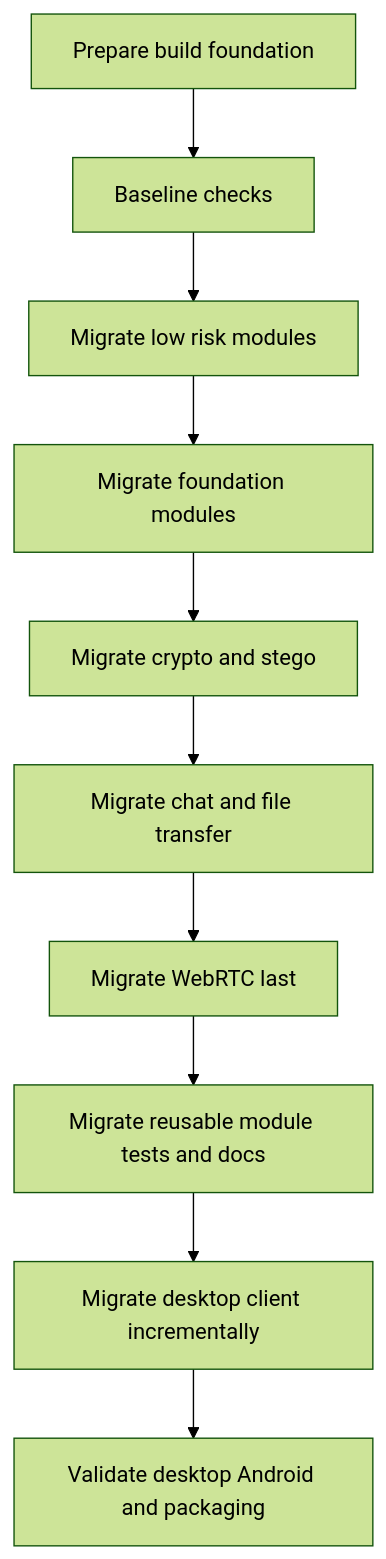
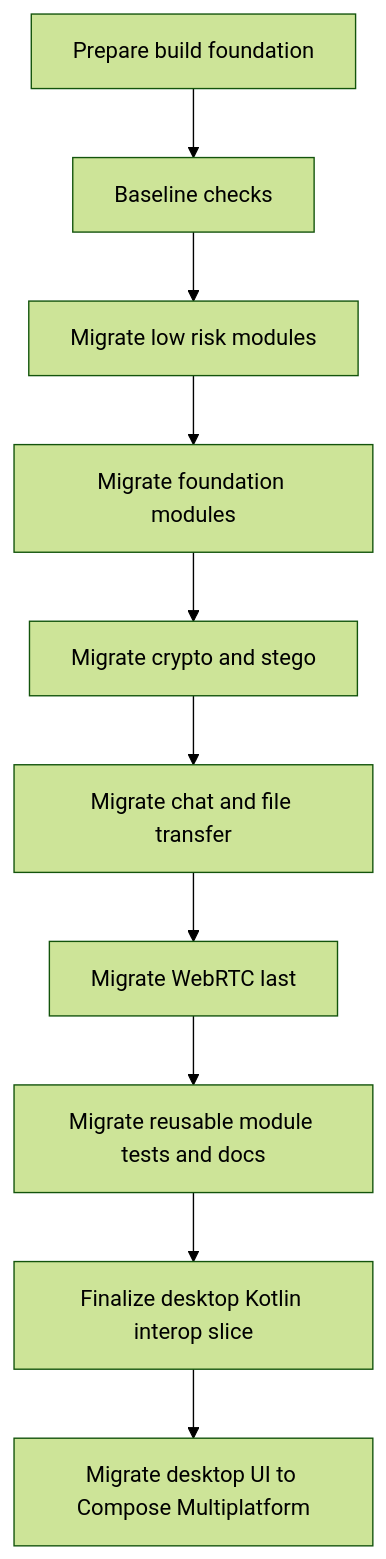
One commit to Shterneregen/secure-lan-suite changed the first of 2 diagrams in docs/kotlin-migration.md. Above: the diagram before and after it, drawn with Mermaid (forest theme). The commit also changed other lines of this file and 34 other files, not shown here.

Commit message:
Kotlin Migration Phase 9. Migrate desktop UI foundation to Compose Multiplatform

````diff
--- a/docs/kotlin-migration.md
+++ b/docs/kotlin-migration.md
@@ -32,12 +34,12 @@
 ```mermaid
 flowchart TD
     A[Prepare build foundation] --> B[Baseline checks]
     B --> C[Migrate low risk modules]
     C --> D[Migrate foundation modules]
     D --> E[Migrate crypto and stego]
     E --> F[Migrate chat and file transfer]
     F --> G[Migrate WebRTC last]
     G --> H[Migrate reusable module tests and docs]
-    H --> I[Migrate desktop client incrementally]
-    I --> J[Validate desktop Android and packaging]
+    H --> I[Finalize desktop Kotlin interop slice]
+    I --> J[Migrate desktop UI to Compose Multiplatform]
 ```
````
